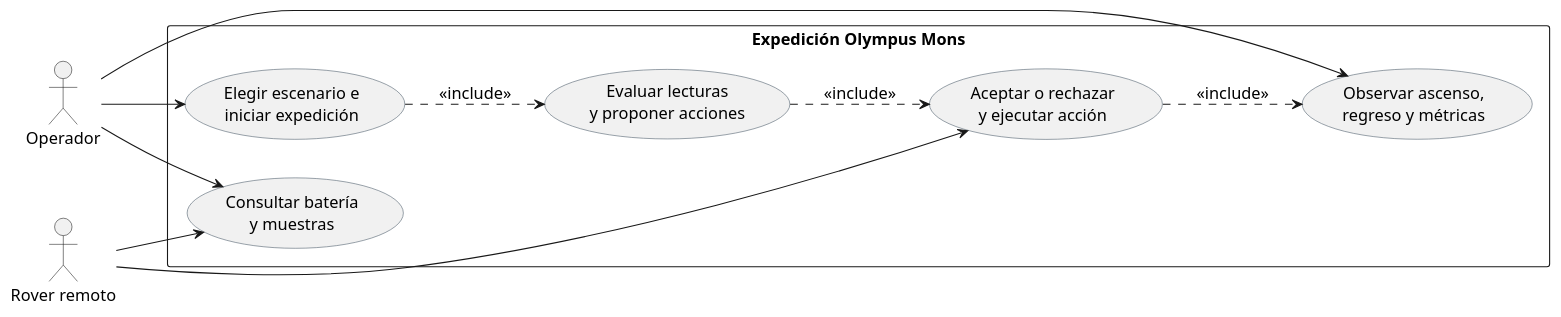
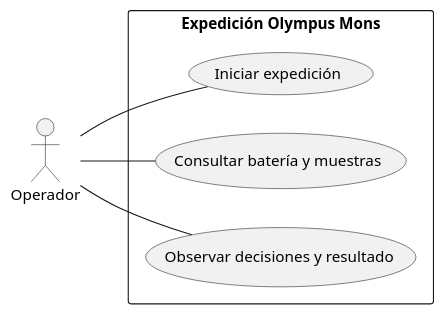
The diagram in documentacion/01-casos-de-uso.puml (arielmendoza007/mision-marte-jade), drawn with PlantUML before and after one commit. The commit also changed 2 other files, not shown here.

Commit message:
Alinear los casos de uso con el operador y comprobar consulta y bitácora ampliada

```diff
--- a/documentacion/01-casos-de-uso.puml
+++ b/documentacion/01-casos-de-uso.puml
@@ -1,24 +1,13 @@
 @startuml
 left to right direction
-skinparam backgroundColor white
 skinparam shadowing false
-skinparam defaultFontSize 15
-skinparam usecaseBorderColor #455565
-actor "Operador" as O
-actor "Rover remoto" as R
+actor Operador
 rectangle "Expedición Olympus Mons" {
-  usecase "Elegir escenario e\niniciar expedición" as U1
-  usecase "Consultar batería\ny muestras" as U2
-  usecase "Observar ascenso,\nregreso y métricas" as U3
-  usecase "Evaluar lecturas\ny proponer acciones" as U4
-  usecase "Aceptar o rechazar\ny ejecutar acción" as U5
+  usecase "Iniciar expedición" as Inicio
+  usecase "Consultar batería y muestras" as Consulta
+  usecase "Observar decisiones y resultado" as Resultado
 }
-O --> U1
-O --> U2
-O --> U3
-R --> U2
-R --> U5
-U1 ..> U4 : <<include>>
-U4 ..> U5 : <<include>>
-U5 ..> U3 : <<include>>
+Operador -- Inicio
+Operador -- Consulta
+Operador -- Resultado
 @enduml
```
